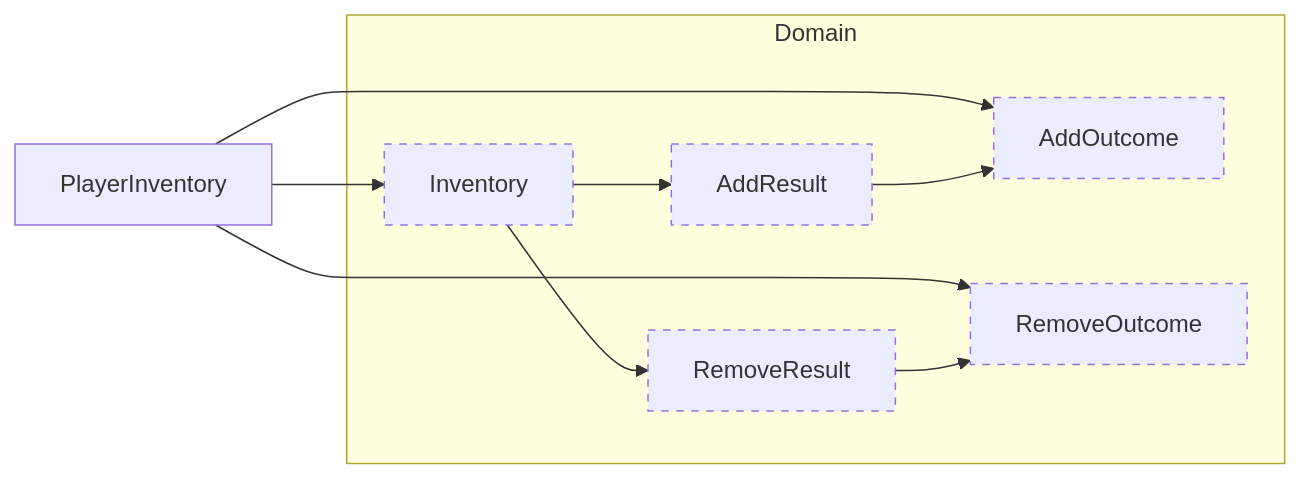
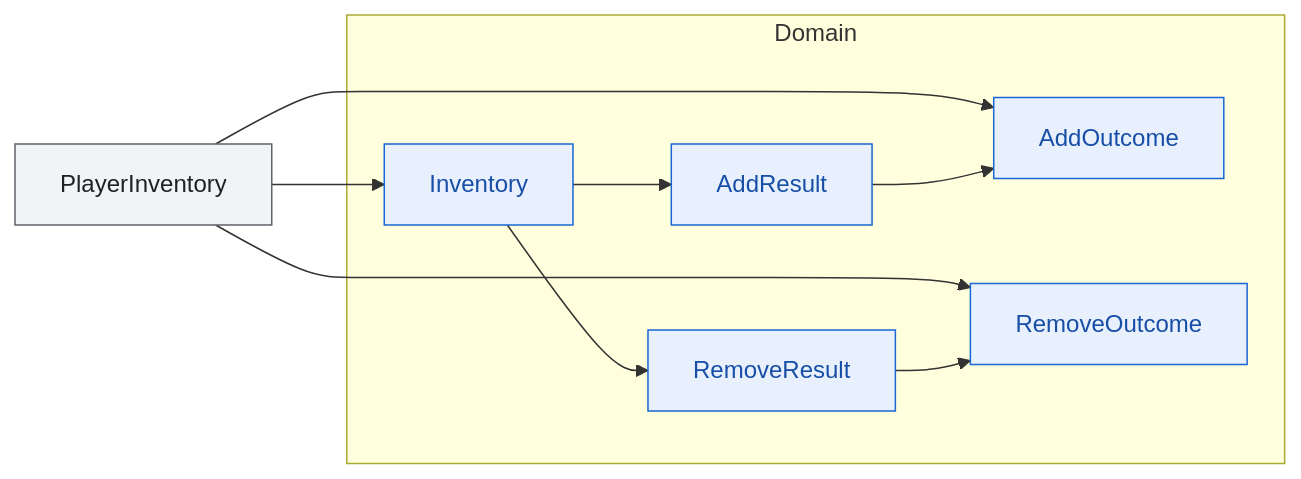
One commit to hukahirame/memorial-frontland changed the diagram in docs/dependencies-diagrams/inventory.md. Above: the diagram before and after it, drawn with Mermaid. The commit also changed other lines of this file and 14 other files, not shown here.

First line of the commit message:
feat: 構造の差分をクラス図で見る仕組みと、その手順を skill に切り出す

````diff
--- a/docs/dependencies-diagrams/inventory.md
+++ b/docs/dependencies-diagrams/inventory.md
@@ -10,20 +10,23 @@
 ```mermaid
 graph LR
   subgraph Domain
     Inventory
     AddResult
     AddOutcome
     RemoveResult
     RemoveOutcome
   end
   PlayerInventory
   PlayerInventory --> Inventory
   PlayerInventory --> AddOutcome
   PlayerInventory --> RemoveOutcome
   Inventory --> AddResult
   Inventory --> RemoveResult
   AddResult --> AddOutcome
   RemoveResult --> RemoveOutcome
-  classDef domain stroke-dasharray:5;
+  classDef domain fill:#e8f0fe,stroke:#1967d2,color:#174ea6;
+  classDef game   fill:#fef7e0,stroke:#b06000,color:#8a5300;
+  classDef legacy fill:#f1f3f4,stroke:#5f6368,color:#202124;
   class Inventory,AddResult,AddOutcome,RemoveResult,RemoveOutcome domain;
+  class PlayerInventory legacy;
 ```
````
